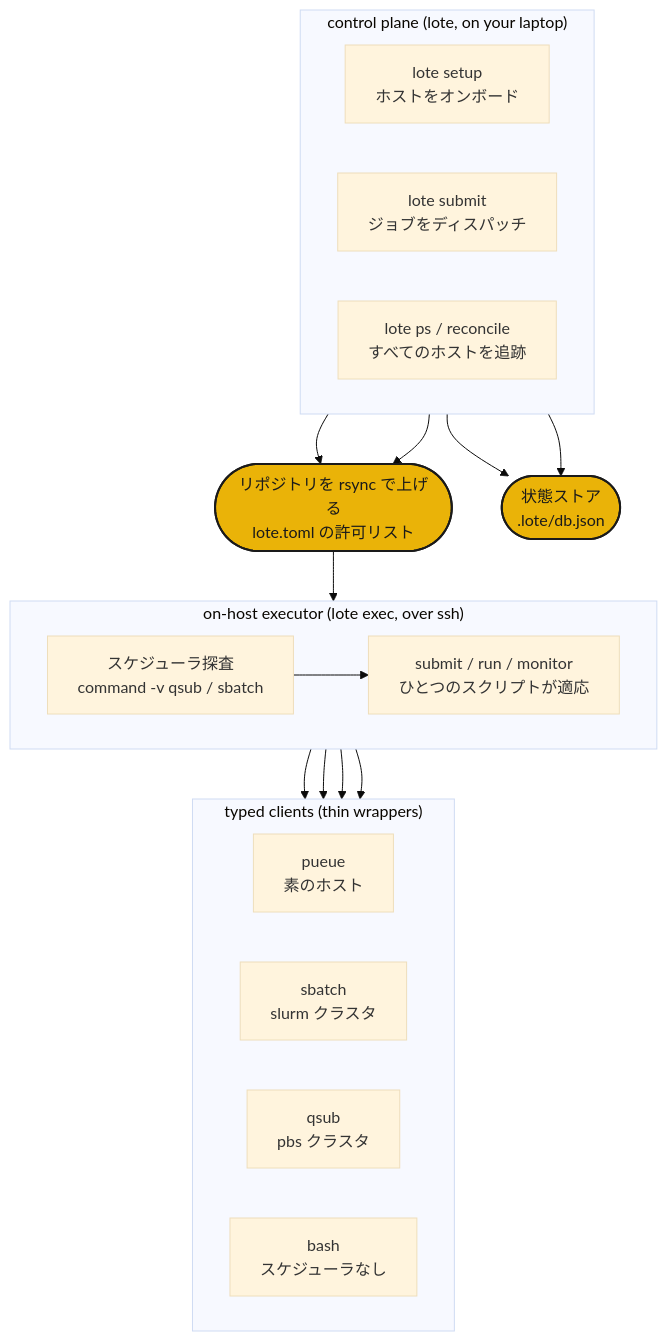
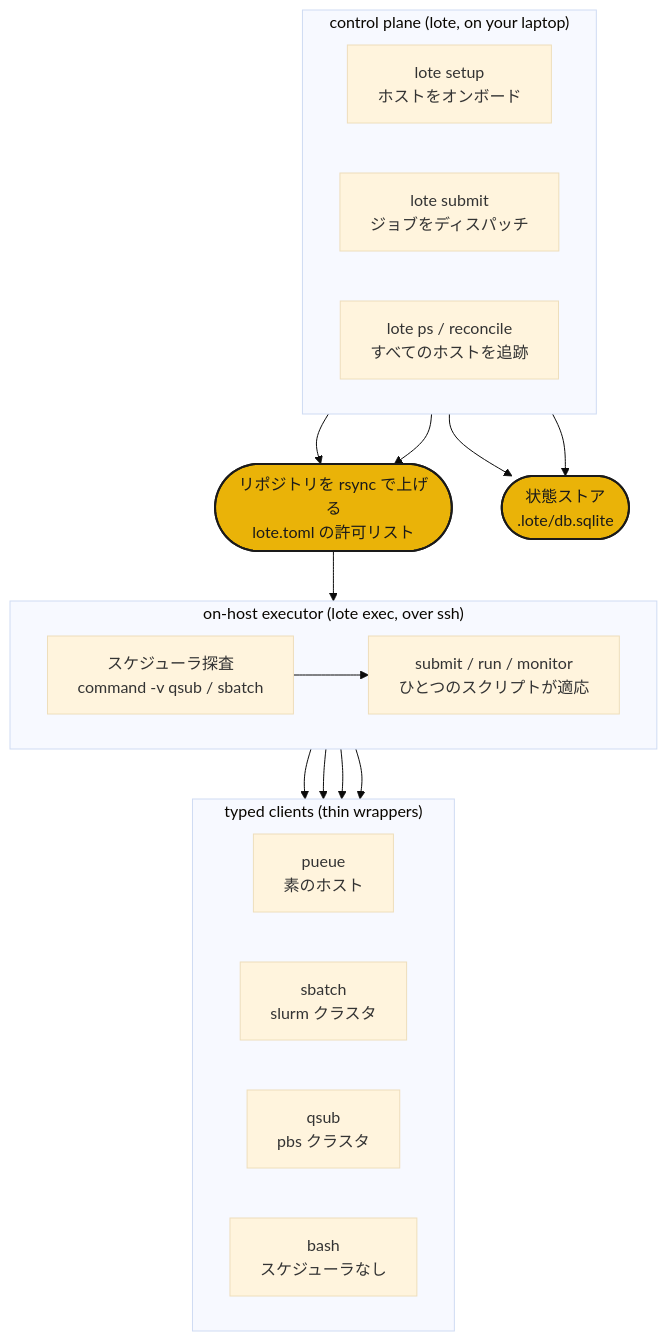
The diagram in docs/how-it-works.ja.md (phvv-me/lote), drawn with Mermaid (base theme) before and after one commit. The commit also changed other lines of this file and 58 other files, not shown here.

````diff
--- a/docs/how-it-works.ja.md
+++ b/docs/how-it-works.ja.md
@@ -5,40 +5,40 @@
 ```mermaid
 flowchart TB
     subgraph control["control plane (lote, on your laptop)"]
         direction LR
         SETUP["lote setup<br/>ホストをオンボード"]
         SUBMIT["lote submit<br/>ジョブをディスパッチ"]
         PS["lote ps / reconcile<br/>すべてのホストを追跡"]
     end
 
     subgraph onhost["on-host executor (lote exec, over ssh)"]
         direction LR
         DETECT["スケジューラ探査<br/>command -v qsub / sbatch"]
         ADAPT["submit / run / monitor<br/>ひとつのスクリプトが適応"]
     end
 
     subgraph clients["typed clients (thin wrappers)"]
         direction LR
         PUEUE["pueue<br/>素のホスト"]
         SBATCH["sbatch<br/>slurm クラスタ"]
         QSUB["qsub<br/>pbs クラスタ"]
         BASH["bash<br/>スケジューラなし"]
     end
 
     RSYNC(["リポジトリを rsync で上げる<br/>lote.toml の許可リスト"]):::brand
-    DB(["状態ストア<br/>.lote/db.json"]):::brand
+    DB(["状態ストア<br/>.lote/db.sqlite"]):::brand
 
     SETUP --> RSYNC
     SUBMIT --> RSYNC
     RSYNC --> DETECT
     DETECT --> ADAPT
     ADAPT --> PUEUE
     ADAPT --> SBATCH
     ADAPT --> QSUB
     ADAPT --> BASH
 
     SUBMIT --> DB
     PS --> DB
 
     classDef brand fill:#eab308,stroke:#1a1a1a,stroke-width:2px,color:#1a1a1a;
 ```
````
